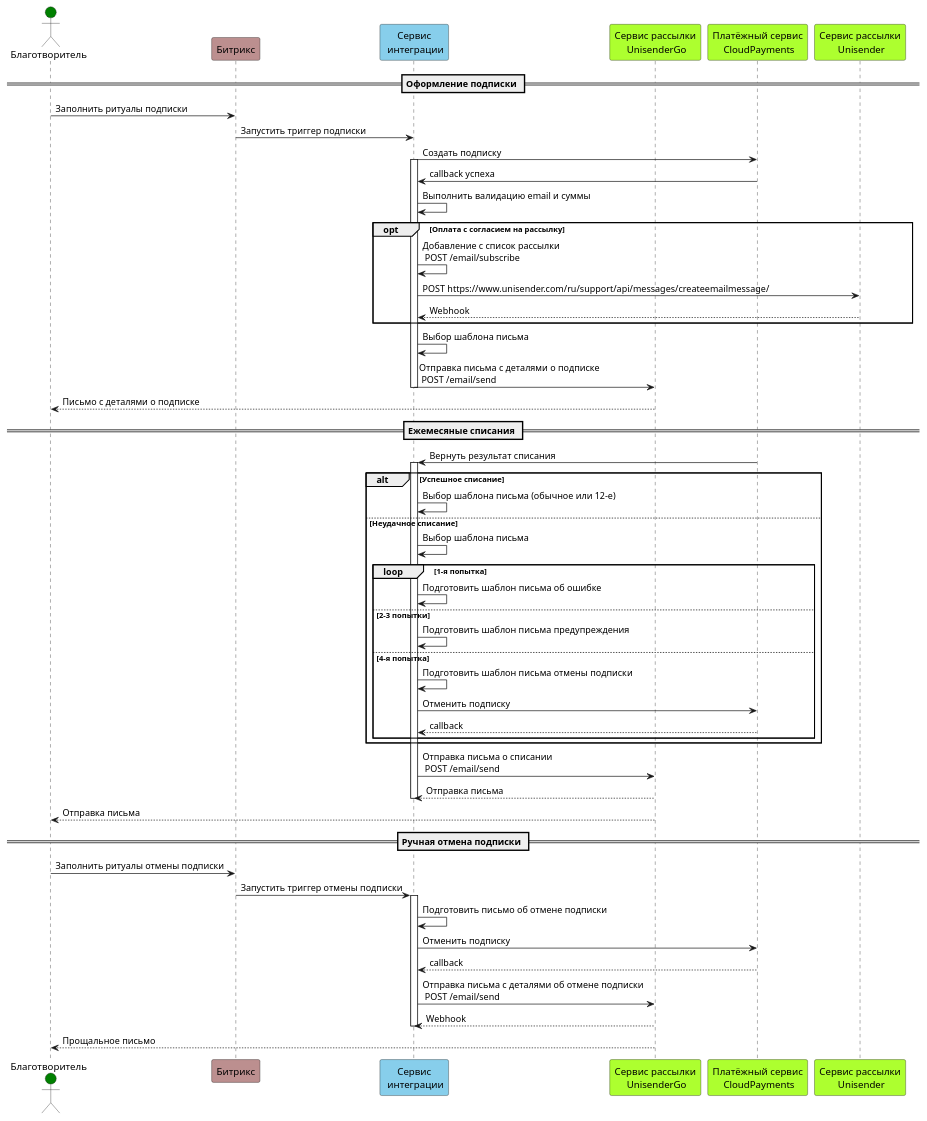
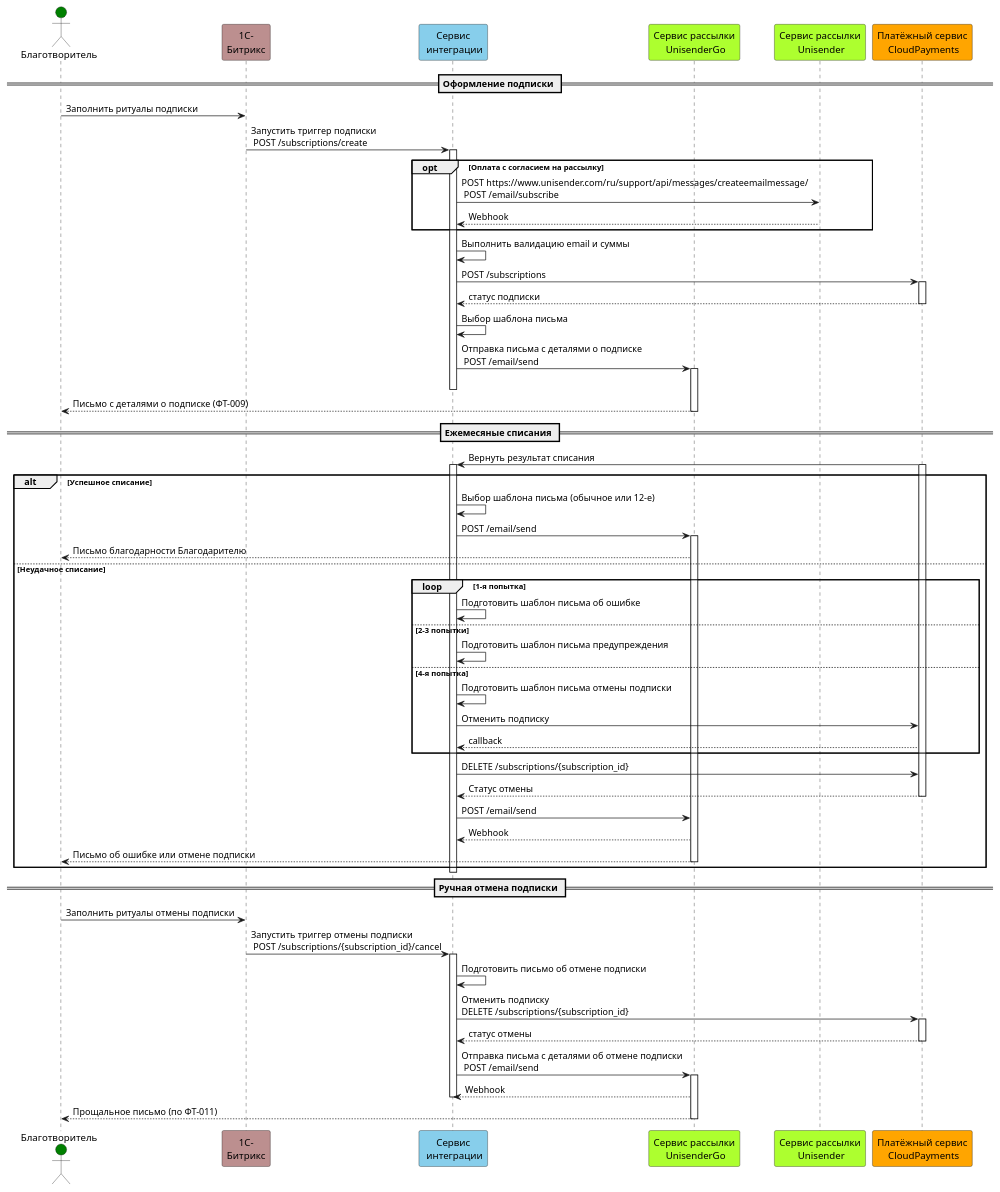
Before and after one commit to trofimovelijah/mayak_integration_service: the diagram in SequenceDiagram/sequenceDiagramRPayment.puml, drawn with PlantUML. The commit also changed 6 other files, not shown here.

```diff
--- a/SequenceDiagram/sequenceDiagramRPayment.puml
+++ b/SequenceDiagram/sequenceDiagramRPayment.puml
@@ -1,66 +1,81 @@
 @startuml Recurrent
 
 ' Определение участников диаграммы
 actor "Благотворитель" as Donor #Green
-participant "Битрикс" as Bitrix #RosyBrown
+participant "1С-\nБитрикс" as Bitrix #RosyBrown
 participant "Сервис\n интеграции" as IntService #SkyBlue
 participant "Сервис рассылки\n UnisenderGo" as UnisenderGo #GreenYellow
-participant "Платёжный сервис\n CloudPayments" as CloudPayments #GreenYellow
 participant "Сервис рассылки\n Unisender" as Unisender #GreenYellow
+participant "Платёжный сервис\n CloudPayments" as CloudPayments #Orange
 
 ' Описание последовательности сообщений
 == Оформление подписки ==
 Donor -> Bitrix: Заполнить ритуалы подписки
-Bitrix -> IntService: Запустить триггер подписки
-IntService -> CloudPayments: Создать подписку
+Bitrix -> IntService: Запустить триггер подписки\n POST /subscriptions/create
 activate IntService
-CloudPayments -> IntService: callback успеха
-IntService -> IntService: Выполнить валидацию email и суммы
 
     opt Оплата с согласием на рассылку
-        IntService -> IntService: Добавление с список рассылки\n POST /email/subscribe
-        IntService -> Unisender: POST https://www.unisender.com/ru/support/api/messages/createemailmessage/
+        IntService -> Unisender: POST https://www.unisender.com/ru/support/api/messages/createemailmessage/\n POST /email/subscribe
         Unisender --> IntService: Webhook
     end
 
+IntService -> IntService: Выполнить валидацию email и суммы
+IntService -> CloudPayments: POST /subscriptions
+activate CloudPayments
+CloudPayments --> IntService: статус подписки
+deactivate CloudPayments
 IntService -> IntService: Выбор шаблона письма
 IntService -> UnisenderGo: Отправка письма с деталями о подписке\n POST /email/send
+activate UnisenderGo
 deactivate IntService
-UnisenderGo --> Donor: Письмо с деталями о подписке
+UnisenderGo --> Donor: Письмо с деталями о подписке (ФТ-009)
+deactivate UnisenderGo
 
 == Ежемесяные списания ==
 
 CloudPayments -> IntService: Вернуть результат списания
+activate CloudPayments
 activate IntService
 alt Успешное списание
     IntService -> IntService: Выбор шаблона письма (обычное или 12-е)
+    IntService -> UnisenderGo: POST /email/send
+    activate UnisenderGo
+    UnisenderGo --> Donor: Письмо благодарности Благодарителю
 else Неудачное списание
-    IntService -> IntService: Выбор шаблона письма
-        loop 1-я попытка
-            IntService -> IntService: Подготовить шаблон письма об ошибке
-        else 2-3 попытки
-            IntService -> IntService: Подготовить шаблон письма предупреждения
-        else 4-я попытка
-            IntService -> IntService: Подготовить шаблон письма отмены подписки
-            IntService -> CloudPayments: Отменить подписку
-            CloudPayments --> IntService: callback
-        end
-end
-IntService -> UnisenderGo: Отправка письма о списании\n POST /email/send
-UnisenderGo --> IntService: Отправка письма
+    loop 1-я попытка
+        IntService -> IntService: Подготовить шаблон письма об ошибке
+    else 2-3 попытки
+        IntService -> IntService: Подготовить шаблон письма предупреждения
+    else 4-я попытка
+        IntService -> IntService: Подготовить шаблон письма отмены подписки
+        IntService -> CloudPayments: Отменить подписку
+        CloudPayments --> IntService: callback
+    end
+IntService -> CloudPayments: DELETE /subscriptions/{subscription_id}
+CloudPayments --> IntService: Статус отмены
+deactivate CloudPayments
+
+IntService -> UnisenderGo: POST /email/send
+UnisenderGo --> IntService: Webhook
+UnisenderGo --> Donor: Письмо об ошибке или отмене подписки
+deactivate UnisenderGo
+end 
 deactivate IntService
-UnisenderGo --> Donor: Отправка письма
 
 == Ручная отмена подписки ==
 Donor -> Bitrix: Заполнить ритуалы отмены подписки
-Bitrix -> IntService: Запустить триггер отмены подписки
+Bitrix -> IntService: Запустить триггер отмены подписки\n POST /subscriptions/{subscription_id}/cancel
 activate IntService
 IntService -> IntService: Подготовить письмо об отмене подписки
-IntService -> CloudPayments: Отменить подписку
-CloudPayments --> IntService: callback
+IntService -> CloudPayments: Отменить подписку\nDELETE /subscriptions/{subscription_id}
+activate CloudPayments
+CloudPayments --> IntService: статус отмены
+deactivate CloudPayments
 IntService -> UnisenderGo: Отправка письма с деталями об отмене подписки\n POST /email/send
+activate UnisenderGo
 UnisenderGo --> IntService: Webhook
 deactivate IntService
-UnisenderGo --> Donor: Прощальное письмо
+UnisenderGo --> Donor: Прощальное письмо (по ФТ-011)
+deactivate UnisenderGo
 
 @enduml
```
